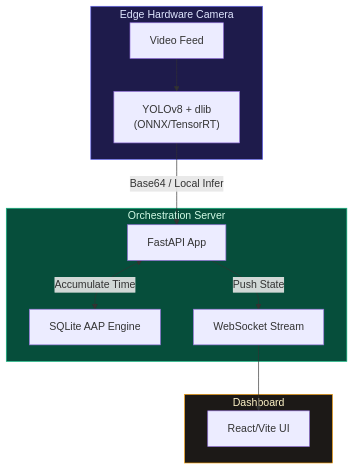
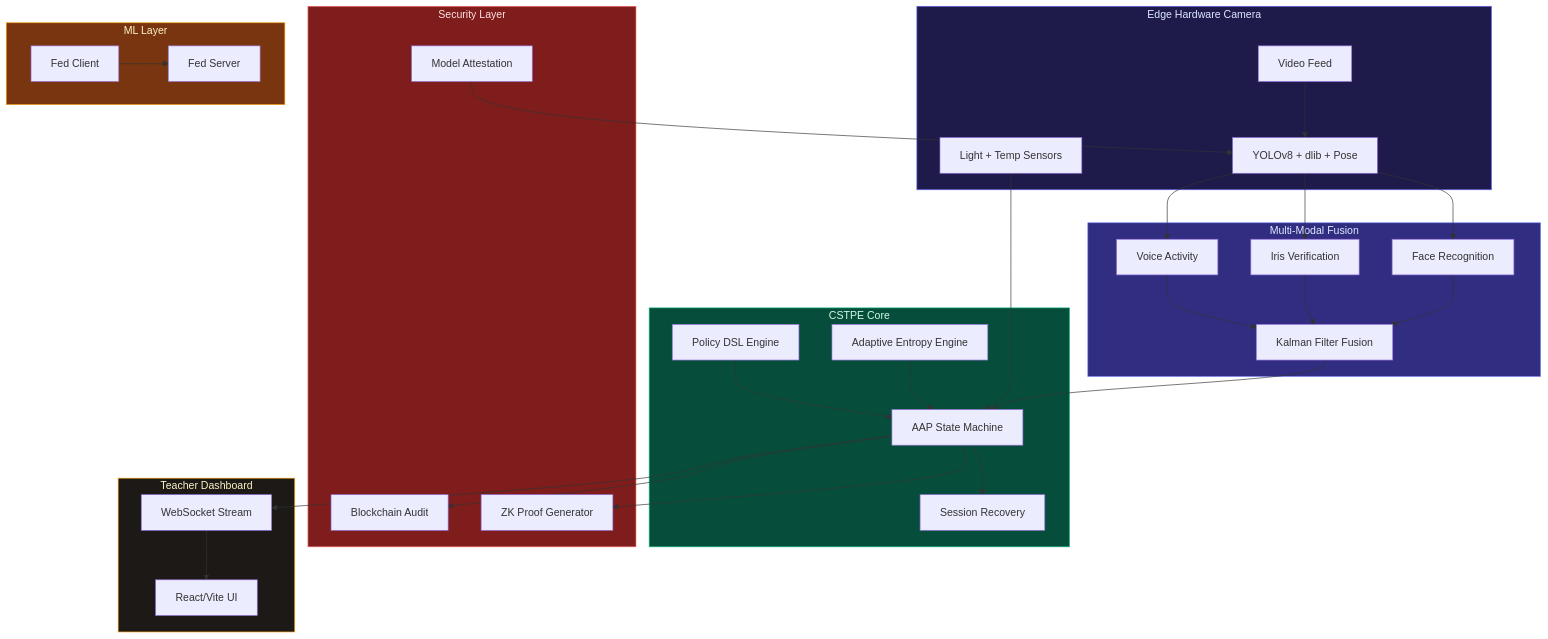
One commit to Panchadip-128/Smart-Classroom-System changed the diagram in README.md. Above: the diagram before and after it, drawn with Mermaid. The commit also changed other lines of this file and 24 other files, not shown here.

````diff
--- a/README.md
+++ b/README.md
@@ -65,27 +73,64 @@
 ```mermaid
 graph TB
     subgraph Edge ["Edge Hardware Camera"]
         Feed["Video Feed"]
-        CV["YOLOv8 + dlib<br/>(ONNX/TensorRT)"]
+        ENV["Light + Temp Sensors"]
+        CV["YOLOv8 + dlib + Pose"]
     end
 
-    subgraph Backend ["Orchestration Server"]
-        API["FastAPI App"]
-        DB["SQLite AAP Engine"]
+    subgraph Biometrics ["Multi-Modal Fusion"]
+        FACE["Face Recognition"]
+        IRIS["Iris Verification"]
+        VOICE["Voice Activity"]
+        KALMAN["Kalman Filter Fusion"]
+    end
+
+    subgraph Core ["CSTPE Core"]
+        POLICY["Policy DSL Engine"]
+        ENTROPY["Adaptive Entropy Engine"]
+        AAP["AAP State Machine"]
+        RECOVERY["Session Recovery"]
+    end
+
+    subgraph Security ["Security Layer"]
+        ATTEST["Model Attestation"]
+        ZK["ZK Proof Generator"]
+        CHAIN["Blockchain Audit"]
+    end
+
+    subgraph ML ["ML Layer"]
+        FED_C["Fed Client"]
+        FED_S["Fed Server"]
+    end
+
+    subgraph Dashboard ["Teacher Dashboard"]
+        UI["React/Vite UI"]
         WS["WebSocket Stream"]
     end
 
-    subgraph Teacher ["Dashboard"]
-        React["React/Vite UI"]
-    end
-
     Feed --> CV
-    CV -->|"Base64 / Local Infer"| API
-    API <-->|"Accumulate Time"| DB
-    API -->|"Push State"| WS
-    WS --> React
+    ENV --> AAP
+    CV --> FACE
+    CV --> IRIS
+    CV --> VOICE
+    FACE --> KALMAN
+    IRIS --> KALMAN
+    VOICE --> KALMAN
+    KALMAN --> AAP
+    POLICY --> AAP
+    ENTROPY --> AAP
+    AAP --> RECOVERY
+    AAP --> ZK
+    AAP --> CHAIN
+    ATTEST --> CV
+    FED_C --> FED_S
+    AAP --> WS
+    WS --> UI
 
     style Edge fill:#1e1b4b,stroke:#6366f1,color:#e0e7ff
-    style Backend fill:#064e3b,stroke:#10b981,color:#d1fae5
-    style Teacher fill:#1c1917,stroke:#f59e0b,color:#fef3c7
+    style Biometrics fill:#312e81,stroke:#818cf8,color:#e0e7ff
+    style Core fill:#064e3b,stroke:#10b981,color:#d1fae5
+    style Security fill:#7f1d1d,stroke:#f87171,color:#fee2e2
+    style ML fill:#78350f,stroke:#f59e0b,color:#fef3c7
+    style Dashboard fill:#1c1917,stroke:#f59e0b,color:#fef3c7
 ```
````
